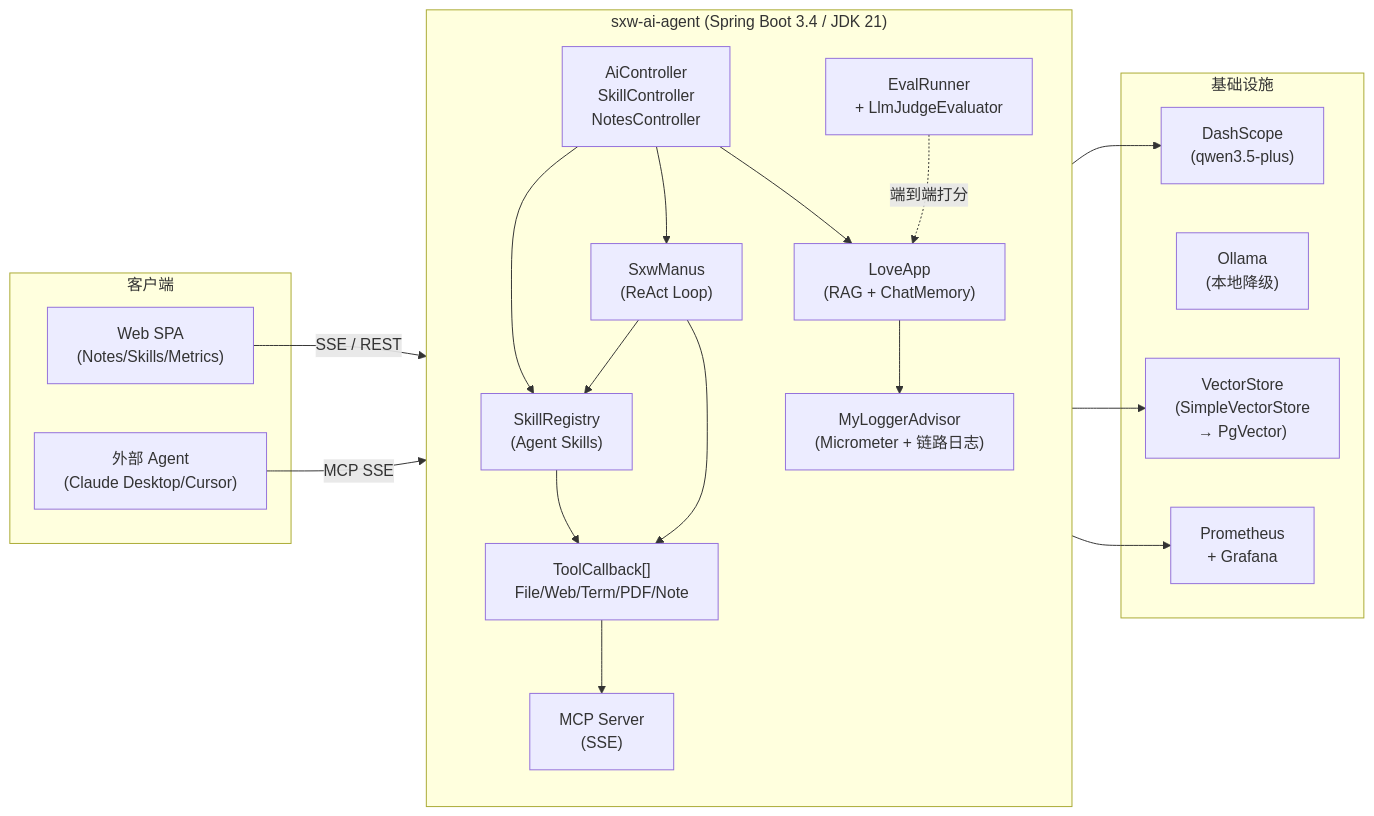
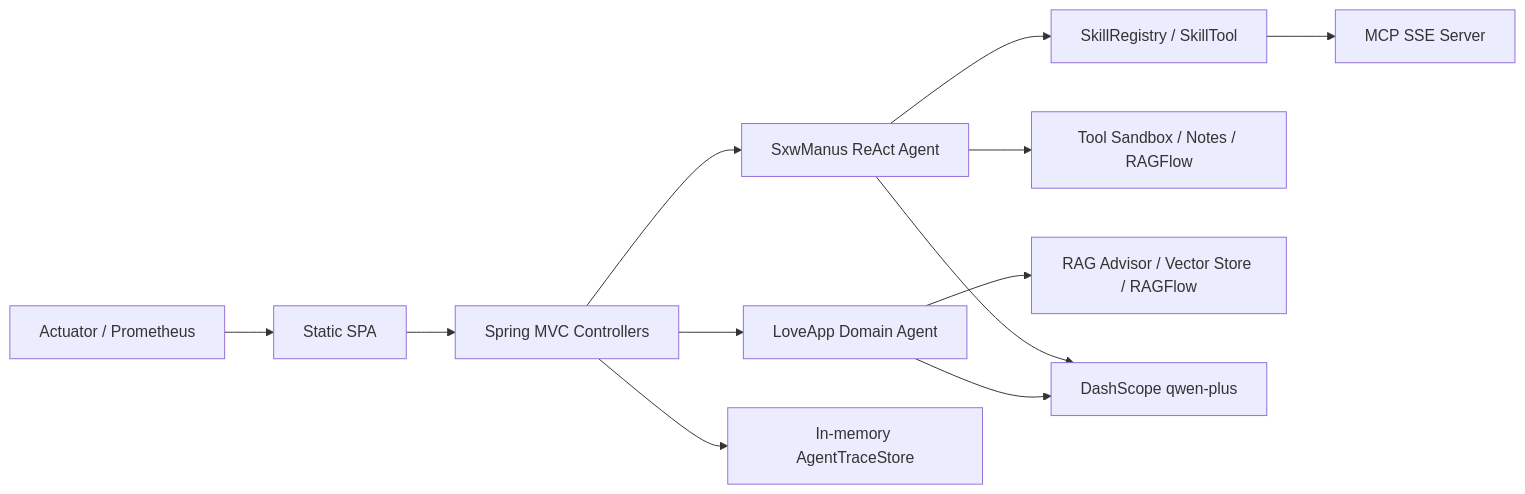
One commit to Spg03/sxw-ai-agent changed the diagram in README.md. Above: the diagram before and after it, drawn with Mermaid. The commit also changed other lines of this file and 109 other files, not shown here.

First line of the commit message:
feat: Phase 1 - Unified AgentRuntime with Profile, Tool-Use Loop, and documentation

````diff
--- a/README.md
+++ b/README.md
@@ -34,37 +16,14 @@
 ```mermaid
 flowchart LR
-  subgraph Client["客户端"]
-    Web["Web SPA<br/>(Notes/Skills/Metrics)"]
-    Claude["外部 Agent<br/>(Claude Desktop/Cursor)"]
-  end
-
-  subgraph App["sxw-ai-agent (Spring Boot 3.4 / JDK 21)"]
-    direction TB
-    Ctl["AiController<br/>SkillController<br/>NotesController"]
-    LoveApp["LoveApp<br/>(RAG + ChatMemory)"]
-    Manus["SxwManus<br/>(ReAct Loop)"]
-    Advisor["MyLoggerAdvisor<br/>(Micrometer + 链路日志)"]
-    Skills["SkillRegistry<br/>(Agent Skills)"]
-    Tools["ToolCallback[]<br/>File/Web/Term/PDF/Note"]
-    MCP["MCP Server<br/>(SSE)"]
-    Eval["EvalRunner<br/>+ LlmJudgeEvaluator"]
-  end
-
-  subgraph Infra["基础设施"]
-    DashScope["DashScope<br/>(qwen3.5-plus)"]
-    Ollama["Ollama<br/>(本地降级)"]
-    VS["VectorStore<br/>(SimpleVectorStore<br/>→ PgVector)"]
-    Prom["Prometheus<br/>+ Grafana"]
-  end
-
-  Web -->|SSE / REST| Ctl
-  Claude -->|MCP SSE| MCP
-  Ctl --> LoveApp & Manus & Skills
-  LoveApp --> Advisor --> DashScope
-  Manus --> Tools & Skills
-  Skills --> Tools
-  Tools --> MCP
-  LoveApp --> VS
-  Advisor --> Prom
-  Eval -.->|端到端打分| LoveApp
+    Browser["Static SPA"] --> Controller["Spring MVC Controllers"]
+    Controller --> LoveApp["LoveApp Domain Agent"]
+    Controller --> Manus["SxwManus ReAct Agent"]
+    Manus --> Skills["SkillRegistry / SkillTool"]
+    Manus --> Tools["Tool Sandbox / Notes / RAGFlow"]
+    LoveApp --> Rag["RAG Advisor / Vector Store / RAGFlow"]
+    LoveApp --> LLM["DashScope qwen-plus"]
+    Manus --> LLM
+    Controller --> Trace["In-memory AgentTraceStore"]
+    Metrics["Actuator / Prometheus"] --> Browser
+    Skills --> MCP["MCP SSE Server"]
 ```
````
